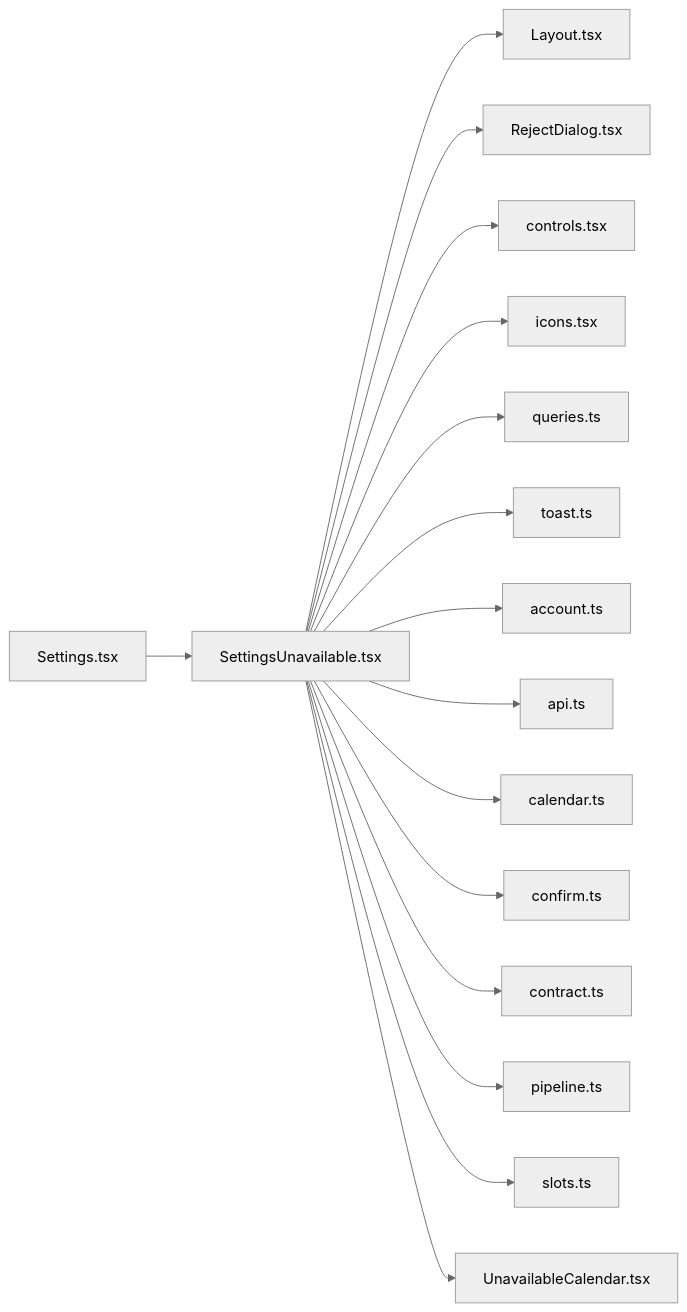
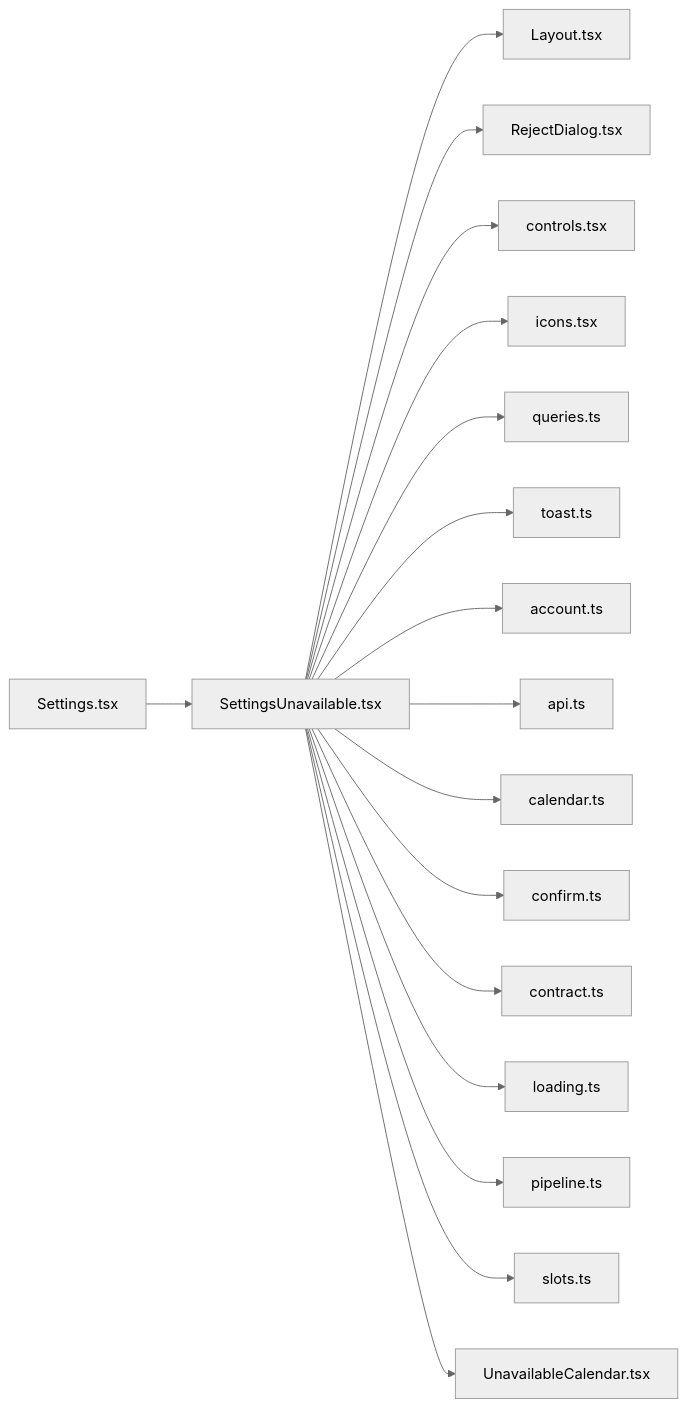
Before and after one commit to minkong-dev/Banblit: the diagram in .cluedoc/graph/frontend/src/routes/SettingsUnavailable.md, drawn with Mermaid (neutral theme). The commit also changed other lines of this file and 49 other files, not shown here.

````diff
--- a/.cluedoc/graph/frontend/src/routes/SettingsUnavailable.md
+++ b/.cluedoc/graph/frontend/src/routes/SettingsUnavailable.md
@@ -10,19 +10,20 @@
 ```mermaid
 flowchart LR
   frontend_src_routes_SettingsUnavailable["SettingsUnavailable.tsx"]
   frontend_src_routes_SettingsUnavailable --> frontend_src_components_Layout["Layout.tsx"]
   frontend_src_routes_SettingsUnavailable --> frontend_src_components_RejectDialog["RejectDialog.tsx"]
   frontend_src_routes_SettingsUnavailable --> frontend_src_components_controls["controls.tsx"]
   frontend_src_routes_SettingsUnavailable --> frontend_src_components_icons["icons.tsx"]
   frontend_src_routes_SettingsUnavailable --> frontend_src_components_queries["queries.ts"]
   frontend_src_routes_SettingsUnavailable --> frontend_src_components_toast["toast.ts"]
   frontend_src_routes_SettingsUnavailable --> frontend_src_lib_account["account.ts"]
   frontend_src_routes_SettingsUnavailable --> frontend_src_lib_api["api.ts"]
   frontend_src_routes_SettingsUnavailable --> frontend_src_lib_calendar["calendar.ts"]
   frontend_src_routes_SettingsUnavailable --> frontend_src_lib_confirm["confirm.ts"]
   frontend_src_routes_SettingsUnavailable --> frontend_src_lib_contract["contract.ts"]
+  frontend_src_routes_SettingsUnavailable --> frontend_src_lib_loading["loading.ts"]
   frontend_src_routes_SettingsUnavailable --> frontend_src_lib_pipeline["pipeline.ts"]
   frontend_src_routes_SettingsUnavailable --> frontend_src_lib_slots["slots.ts"]
   frontend_src_routes_SettingsUnavailable --> frontend_src_routes_UnavailableCalendar["UnavailableCalendar.tsx"]
   frontend_src_routes_Settings["Settings.tsx"] --> frontend_src_routes_SettingsUnavailable
 ```
````
